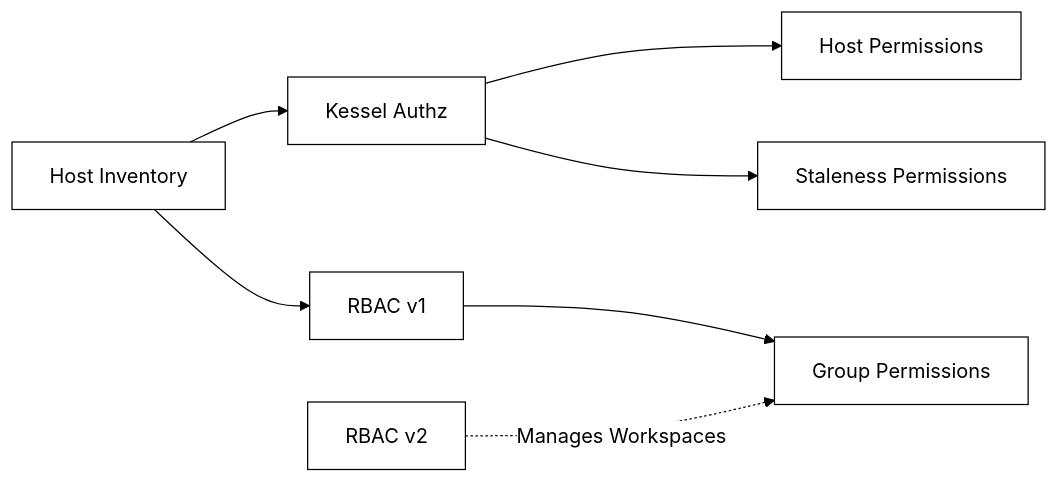
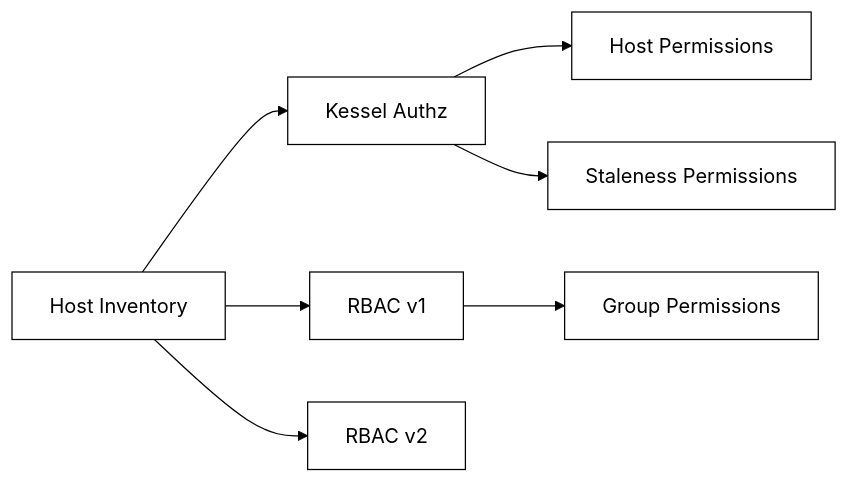
The third of 4 diagrams in docs/kessel-effects-combined.md (RedHatInsights/insights-host-inventory), drawn with Mermaid before and after one commit. The commit also changed other lines of this file, not shown here.

````diff
--- a/docs/kessel-effects-combined.md
+++ b/docs/kessel-effects-combined.md
@@ -113,12 +111,12 @@
 ```mermaid
 %%{init: {'theme':'base', 'themeVariables': { 'primaryColor':'#ffffff','primaryTextColor':'#000000','primaryBorderColor':'#000000','lineColor':'#000000','secondaryColor':'#ffffff','tertiaryColor':'#ffffff','clusterBkg':'#ffffff','clusterBorder':'#000000','titleColor':'#000000','edgeLabelBackground':'#ffffff','nodeTextColor':'#000000'}}}%%
 flowchart LR
     HBI[Host Inventory] --> KAuth[Kessel Authz]
     HBI --> RBACv1[RBAC v1]
 
     KAuth --> HostPerms[Host Permissions]
     KAuth --> StalePerms[Staleness Permissions]
     RBACv1 --> GroupPerms[Group Permissions]
 
-    RBACv2[RBAC v2] -.Manages Workspaces.-> GroupPerms
+    HBI --> RBACv2[RBAC v2]
 ```
````
